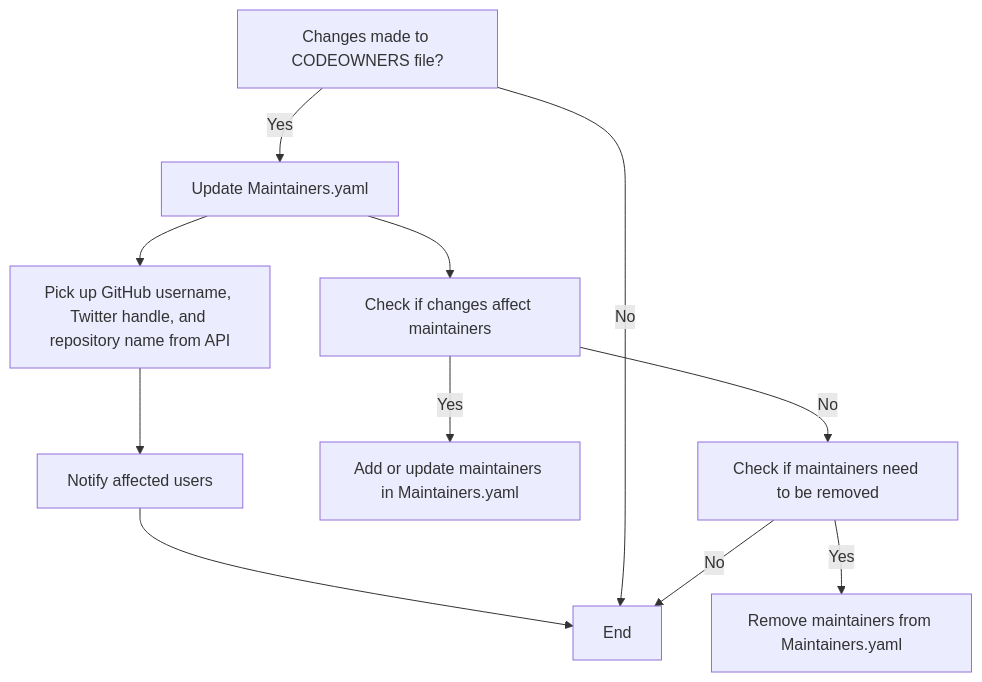
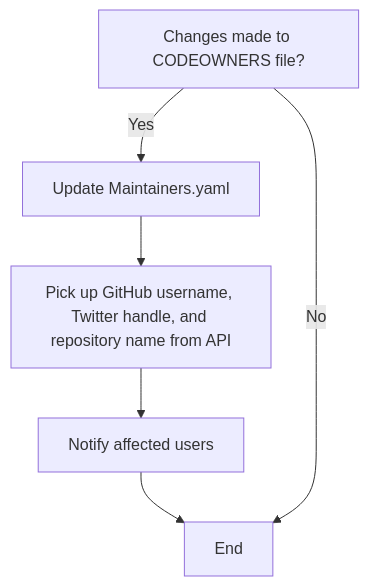
The fifth of 12 diagrams in scripts/README.md (14Richa/testRepo), drawn with Mermaid before and after one commit. The commit also changed other lines of this file, not shown here.

````diff
--- a/scripts/README.md
+++ b/scripts/README.md
@@ -72,14 +73,8 @@
 ```mermaid
 graph TD;
 A[Changes made to CODEOWNERS file?] --> |Yes| B[Update Maintainers.yaml];
 B --> C[Pick up GitHub username, Twitter handle, and repository name from API];
 C --> D[Notify affected users];
 D --> E[End];
 A --> |No| E[End];
-B --> F[Check if changes affect maintainers];
-F --> |Yes| G[Add or update maintainers in Maintainers.yaml];
-F --> |No| H[Check if maintainers need to be removed];
-H --> |Yes| I[Remove maintainers from Maintainers.yaml];
-H --> |No| E[End];
-
 ```
````
